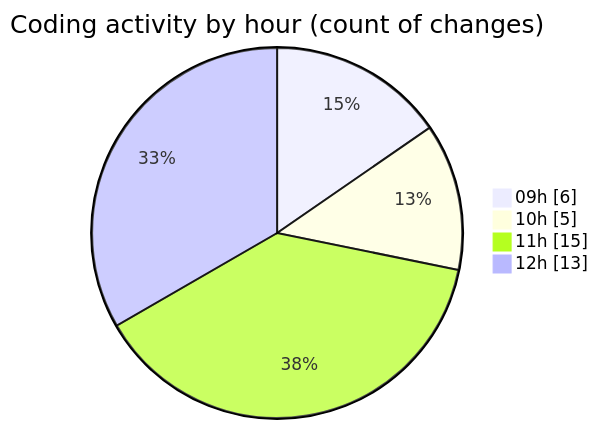
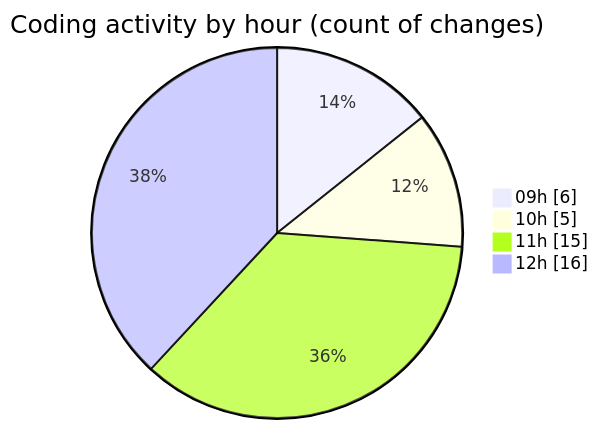
One commit to momahboobian/code-tracking changed the second of 2 diagrams in 2025-10-02/cda/README.md. Above: the diagram before and after it, drawn with Mermaid. The commit also changed other lines of this file and 1 other file, not shown here.

````diff
--- a/2025-10-02/cda/README.md
+++ b/2025-10-02/cda/README.md
@@ -32,8 +32,8 @@
 ```mermaid
 pie showData
 title Coding activity by hour (count of changes)
 "09h" : 6
 "10h" : 5
 "11h" : 15
-"12h" : 13
+"12h" : 16
 ```
````
